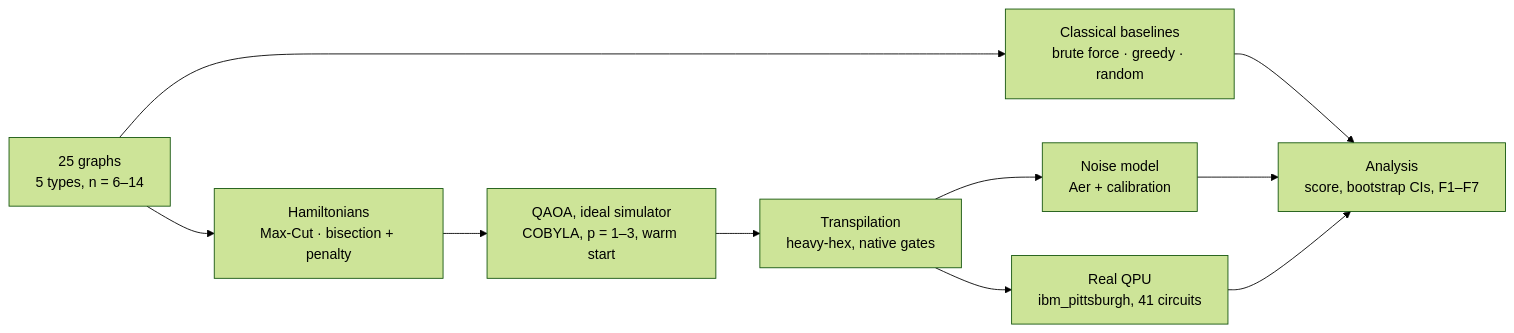
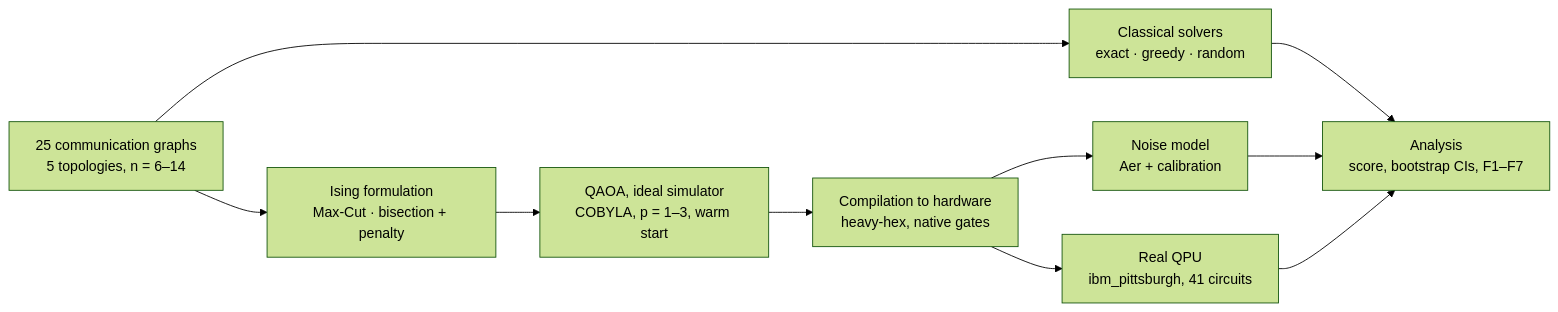
One commit to ana-maria-ghica/qaoa-process-partitioning changed the diagram in README.md. Above: the diagram before and after it, drawn with Mermaid (forest theme). The commit also changed other lines of this file, not shown here.

````diff
--- a/README.md
+++ b/README.md
@@ -51,12 +67,12 @@
 ```mermaid
 flowchart LR
-    A[25 graphs<br>5 types, n = 6–14] --> B[Classical baselines<br>brute force · greedy · random]
-    A --> C[Hamiltonians<br>Max-Cut · bisection + penalty]
+    A[25 communication graphs<br>5 topologies, n = 6–14] --> B[Classical solvers<br>exact · greedy · random]
+    A --> C[Ising formulation<br>Max-Cut · bisection + penalty]
     C --> D[QAOA, ideal simulator<br>COBYLA, p = 1–3, warm start]
-    D --> E[Transpilation<br>heavy-hex, native gates]
+    D --> E[Compilation to hardware<br>heavy-hex, native gates]
     E --> F[Noise model<br>Aer + calibration]
     E --> G[Real QPU<br>ibm_pittsburgh, 41 circuits]
     B --> H[Analysis<br>score, bootstrap CIs, F1–F7]
     F --> H
     G --> H
 ```
````
